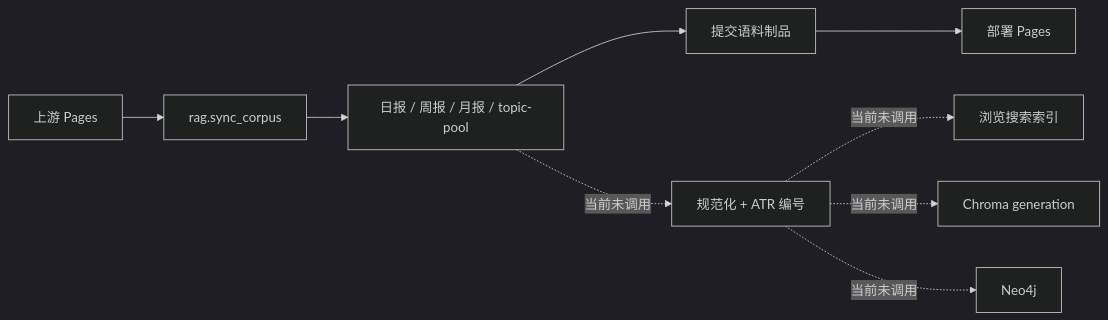
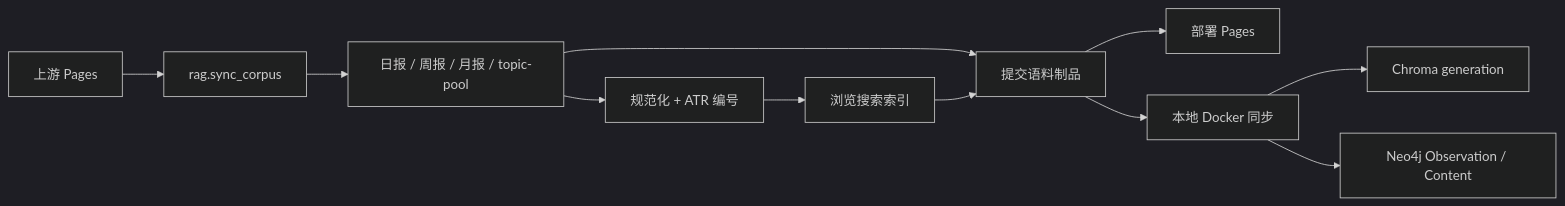
The diagram in docs/rag-transformation/evidence/2026-08-24-github-actions-ingestion-id-audit.md (Conradgui/AI-TREND-RADAR-RAG), drawn with Mermaid (dark theme) before and after one commit. The commit also changed other lines of this file and 18 other files, not shown here.

````diff
--- a/docs/rag-transformation/evidence/2026-08-24-github-actions-ingestion-id-audit.md
+++ b/docs/rag-transformation/evidence/2026-08-24-github-actions-ingestion-id-audit.md
@@ -13,12 +13,14 @@
 ```mermaid
 flowchart LR
   UPSTREAM[上游 Pages] --> SYNC[rag.sync_corpus]
   SYNC --> RAW[日报 / 周报 / 月报 / topic-pool]
   RAW --> COMMIT[提交语料制品]
   COMMIT --> PAGES[部署 Pages]
 
-  RAW -. 当前未调用 .-> NORMALIZE[规范化 + ATR 编号]
-  NORMALIZE -. 当前未调用 .-> SEARCH[浏览搜索索引]
-  NORMALIZE -. 当前未调用 .-> VECTOR[Chroma generation]
-  NORMALIZE -. 当前未调用 .-> GRAPH[Neo4j]
+  RAW --> NORMALIZE[规范化 + ATR 编号]
+  NORMALIZE --> SEARCH[浏览搜索索引]
+  SEARCH --> COMMIT
+  COMMIT --> LOCAL[本地 Docker 同步]
+  LOCAL --> VECTOR[Chroma generation]
+  LOCAL --> GRAPH[Neo4j Observation / Content]
 ```
````
